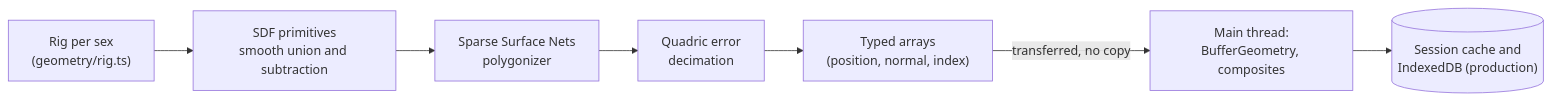
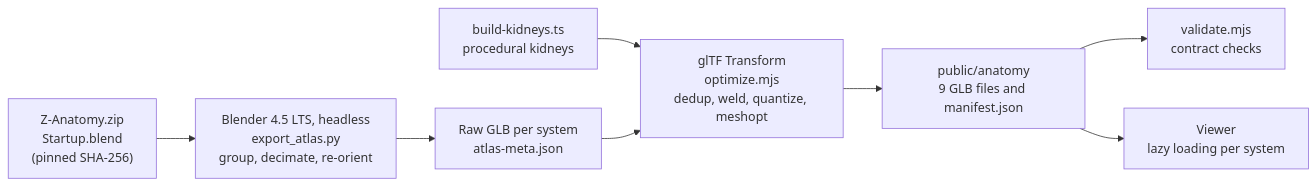
The diagram in docs-site/architecture/anatomy-3d.md (Gabrieldiv/astronaut-health-intelligence-platform), drawn with Mermaid before and after one commit. The commit also changed other lines of this file and 68 other files, not shown here.

````diff
--- a/docs-site/architecture/anatomy-3d.md
+++ b/docs-site/architecture/anatomy-3d.md
@@ -25,9 +53,10 @@
 ```mermaid
 flowchart LR
-    R["Rig per sex<br/>(geometry/rig.ts)"] --> P["SDF primitives<br/>smooth union and subtraction"]
-    P --> S["Sparse Surface Nets<br/>polygonizer"]
-    S --> D["Quadric error<br/>decimation"]
-    D --> T["Typed arrays<br/>(position, normal, index)"]
-    T -- "transferred, no copy" --> M["Main thread:<br/>BufferGeometry, composites"]
-    M --> C[("Session cache and<br/>IndexedDB (production)")]
+    SRC["Z-Anatomy.zip<br/>Startup.blend<br/>(pinned SHA-256)"] --> BLD["Blender 4.5 LTS, headless<br/>export_atlas.py<br/>group, decimate, re-orient"]
+    BLD --> RAW["Raw GLB per system<br/>atlas-meta.json"]
+    KID["build-kidneys.ts<br/>procedural kidneys"] --> OPT
+    RAW --> OPT["glTF Transform<br/>optimize.mjs<br/>dedup, weld, quantize, meshopt"]
+    OPT --> PUB["public/anatomy<br/>9 GLB files and manifest.json"]
+    PUB --> VAL["validate.mjs<br/>contract checks"]
+    PUB --> VIEW["Viewer<br/>lazy loading per system"]
 ```
````
